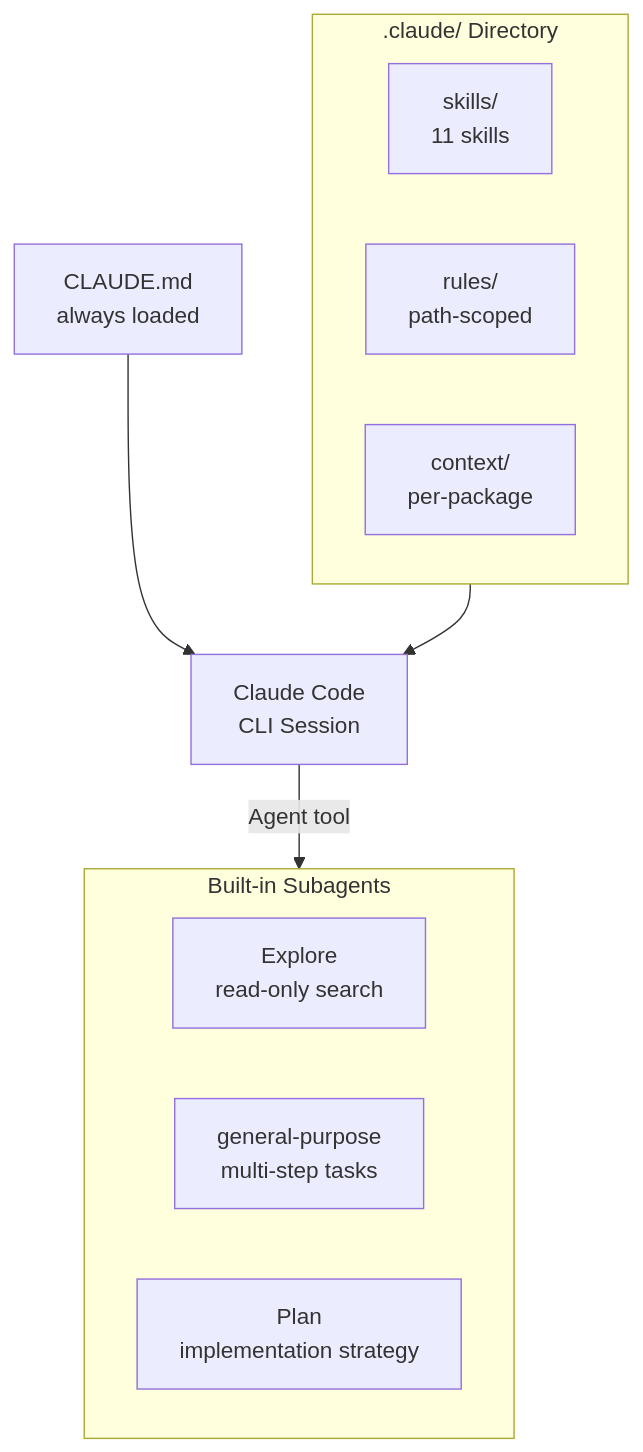
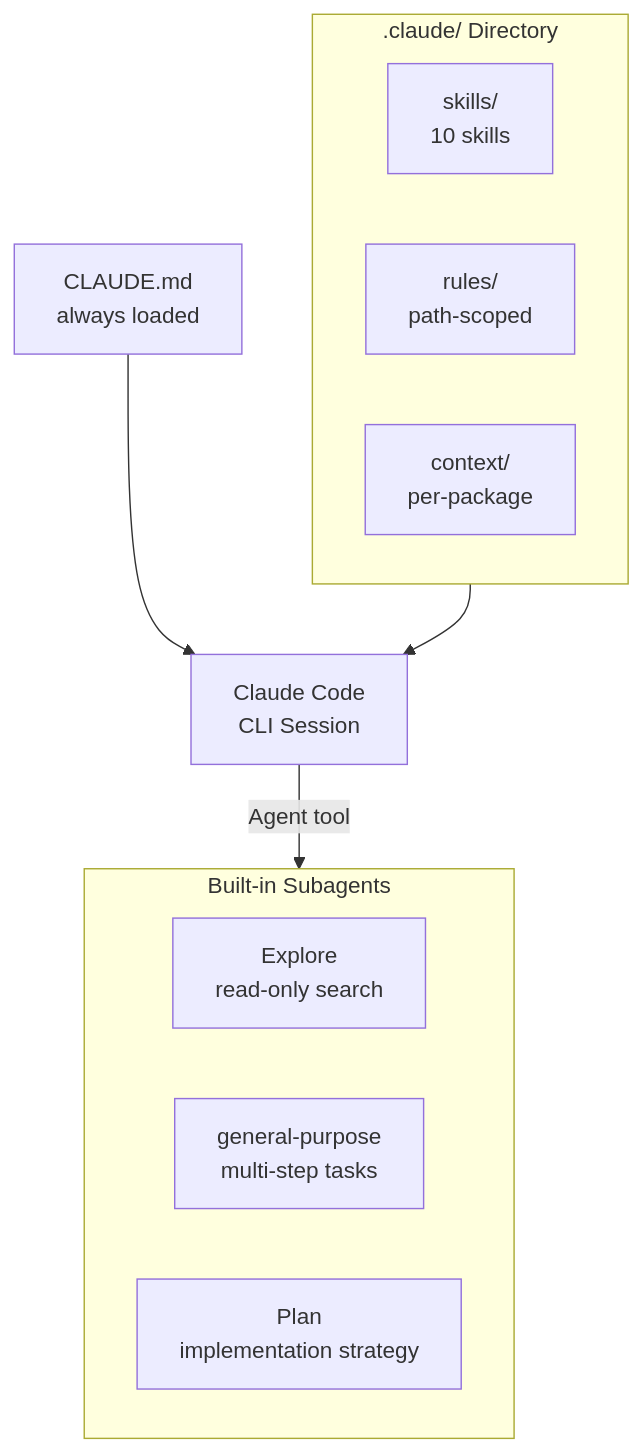
Before and after one commit to greenpill-dev-guild/green-goods: the diagram in docs/docs/builders/agentic/claude-code.mdx, drawn with Mermaid. The commit also changed 6 other files, not shown here.

````diff
--- a/docs/docs/builders/agentic/claude-code.mdx
+++ b/docs/docs/builders/agentic/claude-code.mdx
@@ -21,19 +21,19 @@
 ```mermaid
 graph TB
     subgraph Config[".claude/ Directory"]
-        Skills["skills/\n11 skills"]
+        Skills["skills/\n10 skills"]
         Rules["rules/\npath-scoped"]
         Context["context/\nper-package"]
     end
 
     CLAUDE["CLAUDE.md\nalways loaded"] --> Session["Claude Code\nCLI Session"]
     Config --> Session
 
     subgraph Subagents["Built-in Subagents"]
         Explore["Explore\nread-only search"]
         General["general-purpose\nmulti-step tasks"]
         PlanAgent["Plan\nimplementation strategy"]
     end
 
     Session -->|Agent tool| Subagents
 ```
````
